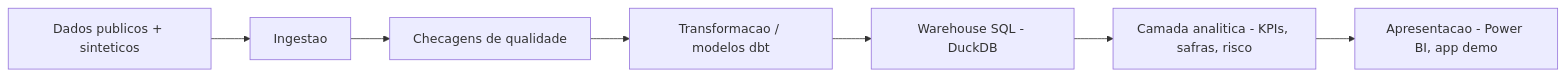
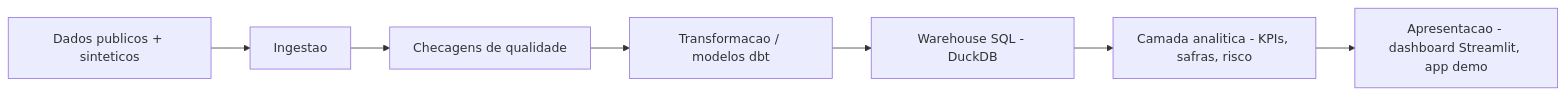
The diagram in README.pt-BR.md (FilipePessoa30/CredLens), drawn with Mermaid before and after one commit. The commit also changed other lines of this file and 115 other files, not shown here.

````diff
--- a/README.pt-BR.md
+++ b/README.pt-BR.md
@@ -116,9 +112,9 @@
 ```mermaid
 flowchart LR
     A[Dados publicos + sinteticos] --> B[Ingestao]
     B --> C[Checagens de qualidade]
     C --> D[Transformacao / modelos dbt]
     D --> E[Warehouse SQL - DuckDB]
     E --> F[Camada analitica - KPIs, safras, risco]
-    F --> G[Apresentacao - Power BI, app demo]
+    F --> G[Apresentacao - dashboard Streamlit, app demo]
 ```
````
